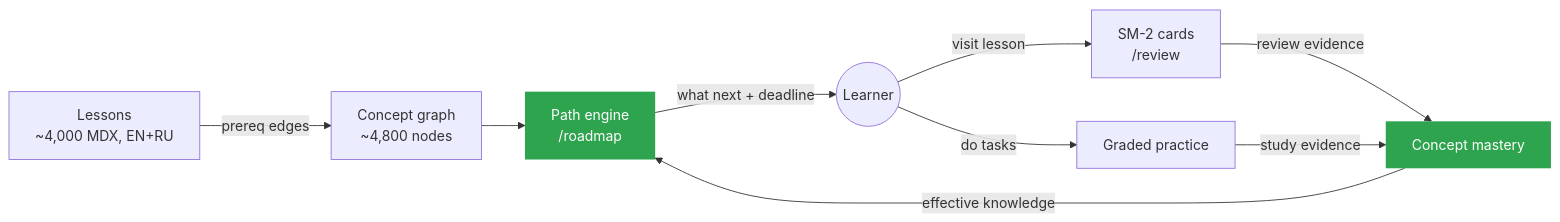
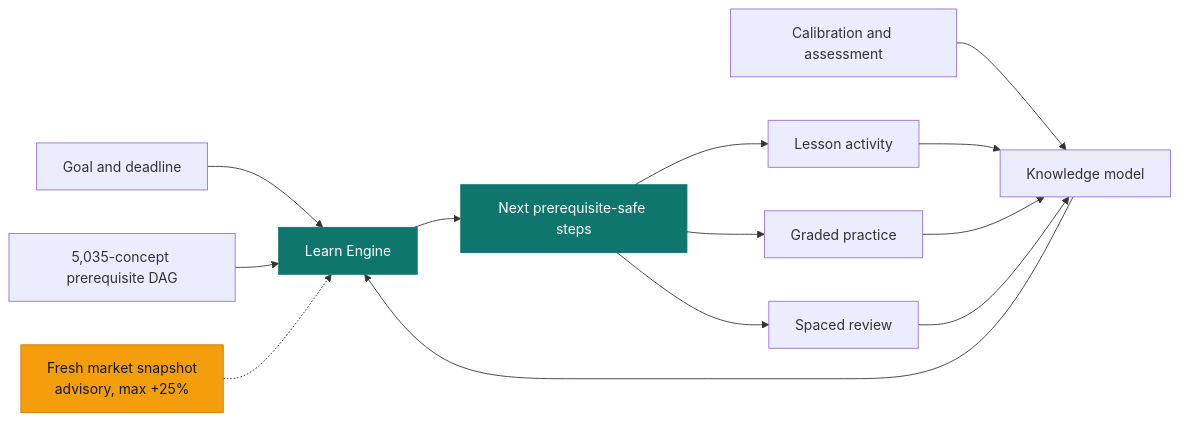
The first of 4 diagrams in README.md (fallowlone/Skein), drawn with Mermaid before and after one commit. The commit also changed other lines of this file, not shown here.

````diff
--- a/README.md
+++ b/README.md
@@ -116,16 +115,20 @@
 ```mermaid
 flowchart LR
-    L[Lessons<br/>~4,000 MDX, EN+RU] -->|prereq edges| G[Concept graph<br/>~4,800 nodes]
-    G --> P[Path engine<br/>/roadmap]
-    P -->|what next + deadline| You((Learner))
+    Goal[Goal and deadline] --> Planner[Learn Engine]
+    Diagnostic[Calibration and assessment] --> Knowledge[Knowledge model]
+    Lesson[Lesson activity] --> Knowledge
+    Practice[Graded practice] --> Knowledge
+    Review[Spaced review] --> Knowledge
+    Knowledge --> Planner
+    Graph[5,035-concept prerequisite DAG] --> Planner
+    Market[Fresh market snapshot<br/>advisory, max +25%] -.-> Planner
+    Planner --> Next[Next prerequisite-safe steps]
+    Next --> Lesson
+    Next --> Practice
+    Next --> Review
 
-    You -->|visit lesson| SRS[SM-2 cards<br/>/review]
-    You -->|do tasks| PR[Graded practice]
-
-    SRS -->|review evidence| M[Concept mastery]
-    PR -->|study evidence| M
-    M -->|effective knowledge| P
-
-    classDef hot fill:#2ea44f,color:#fff,stroke:none;
-    class M,P hot;
+    classDef primary fill:#0f766e,color:#fff,stroke:#0f766e;
+    classDef signal fill:#f59e0b,color:#111827,stroke:#d97706;
+    class Planner,Next primary;
+    class Market signal;
 ```
````
